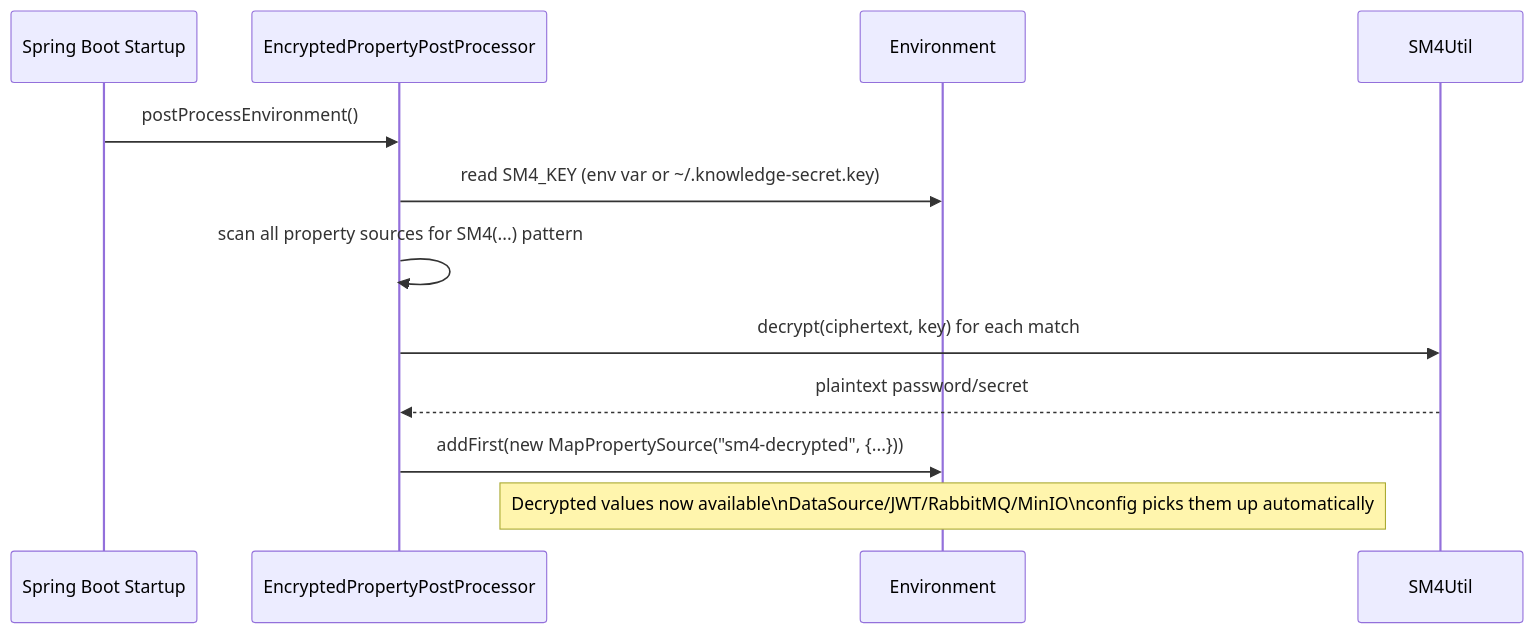
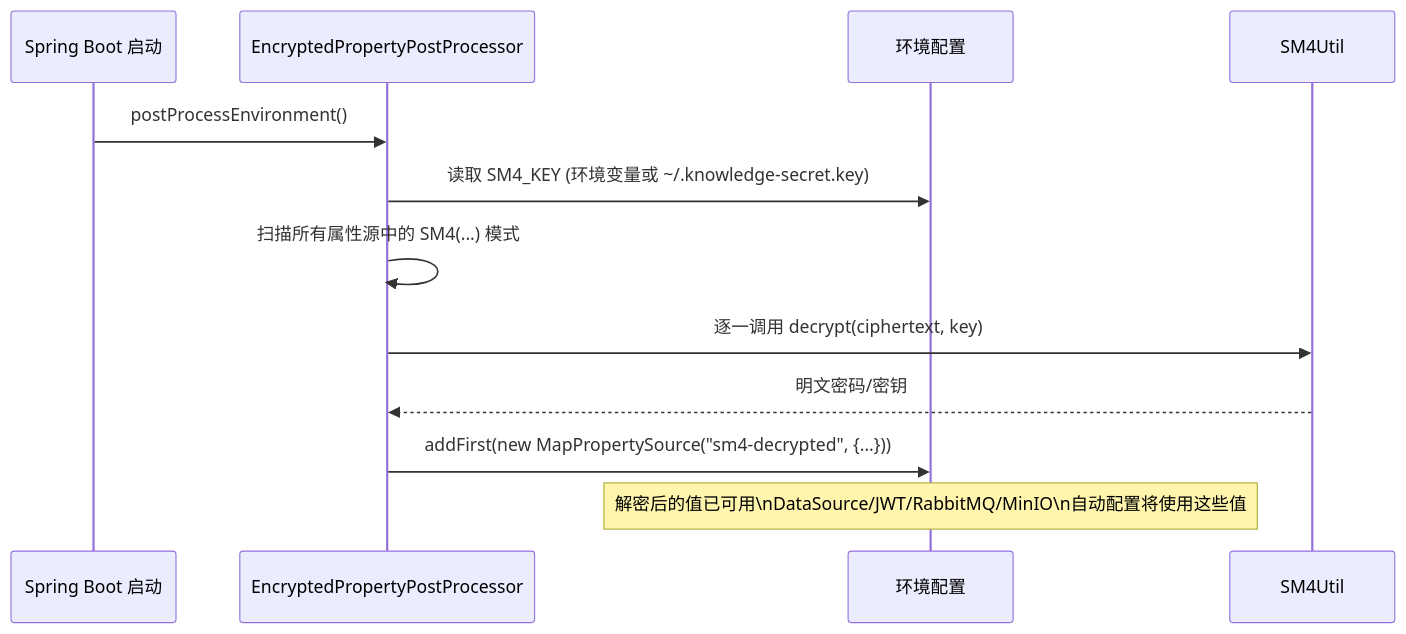
One commit to JiongJiongP/knowledge-share changed diagram 12 of 12 in docs/design/architecture-and-design.md. Above: the diagram before and after it, drawn with Mermaid. The commit also changed other lines of this file, not shown here.

Commit message:
docs: translate architecture design document to Chinese

````diff
--- a/docs/design/architecture-and-design.md
+++ b/docs/design/architecture-and-design.md
@@ -561,15 +561,15 @@
 ```mermaid
 sequenceDiagram
-    participant Startup as Spring Boot Startup
+    participant Startup as Spring Boot 启动
     participant EPP as EncryptedPropertyPostProcessor
-    participant Env as Environment
+    participant Env as 环境配置
     participant SM4 as SM4Util
 
     Startup->>EPP: postProcessEnvironment()
-    EPP->>Env: read SM4_KEY (env var or ~/.knowledge-secret.key)
-    EPP->>EPP: scan all property sources for SM4(...) pattern
-    EPP->>SM4: decrypt(ciphertext, key) for each match
-    SM4-->>EPP: plaintext password/secret
+    EPP->>Env: 读取 SM4_KEY (环境变量或 ~/.knowledge-secret.key)
+    EPP->>EPP: 扫描所有属性源中的 SM4(...) 模式
+    EPP->>SM4: 逐一调用 decrypt(ciphertext, key)
+    SM4-->>EPP: 明文密码/密钥
     EPP->>Env: addFirst(new MapPropertySource("sm4-decrypted", {...}))
-    Note over Env: Decrypted values now available\nDataSource/JWT/RabbitMQ/MinIO\nconfig picks them up automatically
+    Note over Env: 解密后的值已可用\nDataSource/JWT/RabbitMQ/MinIO\n自动配置将使用这些值
 ```
````
